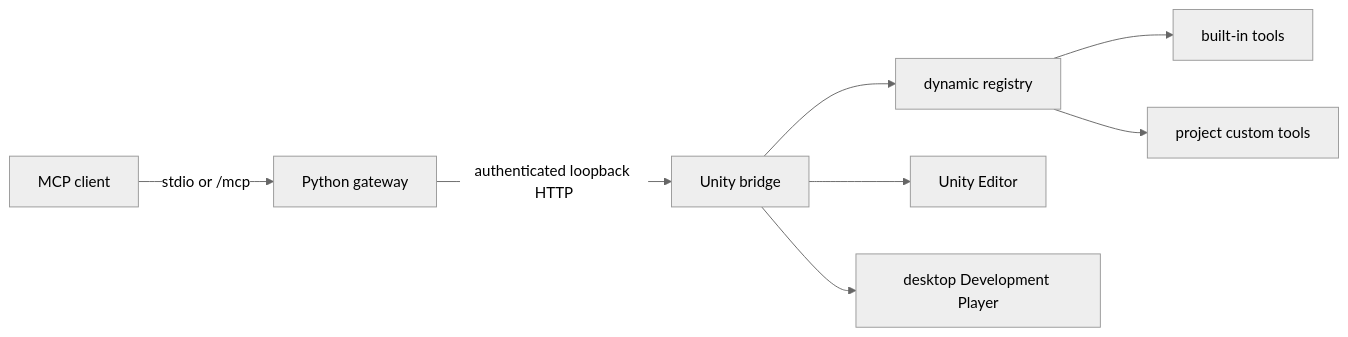
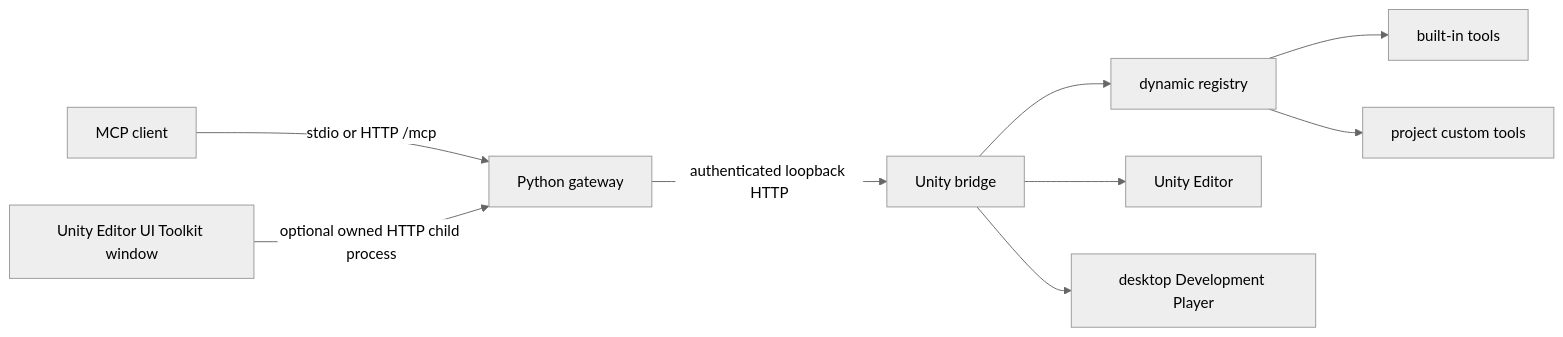
One commit to ducminh1307/UnityMCP changed the diagram in docs/architecture.md. Above: the diagram before and after it, drawn with Mermaid (neutral theme). The commit also changed other lines of this file and 16 other files, not shown here.

Commit message:
feat(editor): add UI Toolkit HTTP gateway launcher

````diff
--- a/docs/architecture.md
+++ b/docs/architecture.md
@@ -7,10 +7,11 @@
 ```mermaid
 flowchart LR
-    Client["MCP client"] -->|"stdio or /mcp"| Gateway["Python gateway"]
+    Client["MCP client"] -->|"stdio or HTTP /mcp"| Gateway["Python gateway"]
+    EditorUi["Unity Editor UI Toolkit window"] -->|"optional owned HTTP child process"| Gateway
     Gateway -->|"authenticated loopback HTTP"| Bridge["Unity bridge"]
     Bridge --> Registry["dynamic registry"]
     Registry --> Builtins["built-in tools"]
     Registry --> Project["project custom tools"]
     Bridge --> Editor["Unity Editor"]
     Bridge --> Player["desktop Development Player"]
 ```
````
